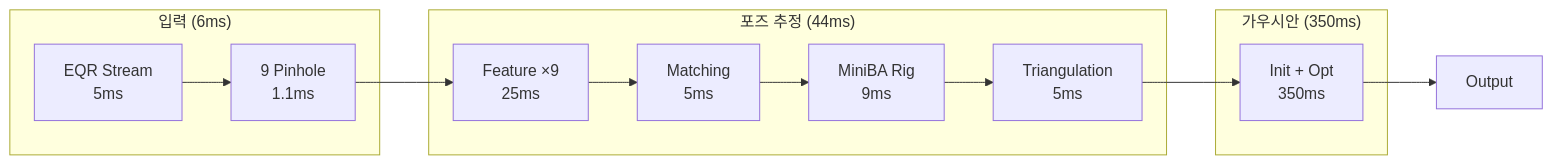
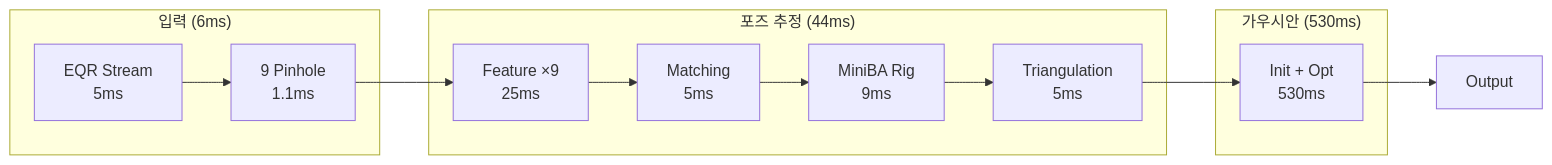
Before and after one commit to kyowon1108/gsplat-onthefly-nvs-study: the diagram in daily_docs/260123-ontheflynvs_analysis.md, drawn with Mermaid. The commit also changed other lines of this file, not shown here.

````diff
--- a/daily_docs/260123-ontheflynvs_analysis.md
+++ b/daily_docs/260123-ontheflynvs_analysis.md
@@ -105,19 +114,19 @@
 ```mermaid
 flowchart LR
     subgraph Input ["입력 (6ms)"]
         A[EQR Stream<br/>5ms] --> B[9 Pinhole<br/>1.1ms]
     end
 
     subgraph Pose ["포즈 추정 (44ms)"]
         B --> C[Feature ×9<br/>25ms]
         C --> D[Matching<br/>5ms]
         D --> E[MiniBA Rig<br/>9ms]
         E --> F[Triangulation<br/>5ms]
     end
 
-    subgraph Gaussian ["가우시안 (350ms)"]
-        F --> G[Init + Opt<br/>350ms]
+    subgraph Gaussian ["가우시안 (530ms)"]
+        F --> G[Init + Opt<br/>530ms]
     end
 
     G --> H[Output]
 ```
````
